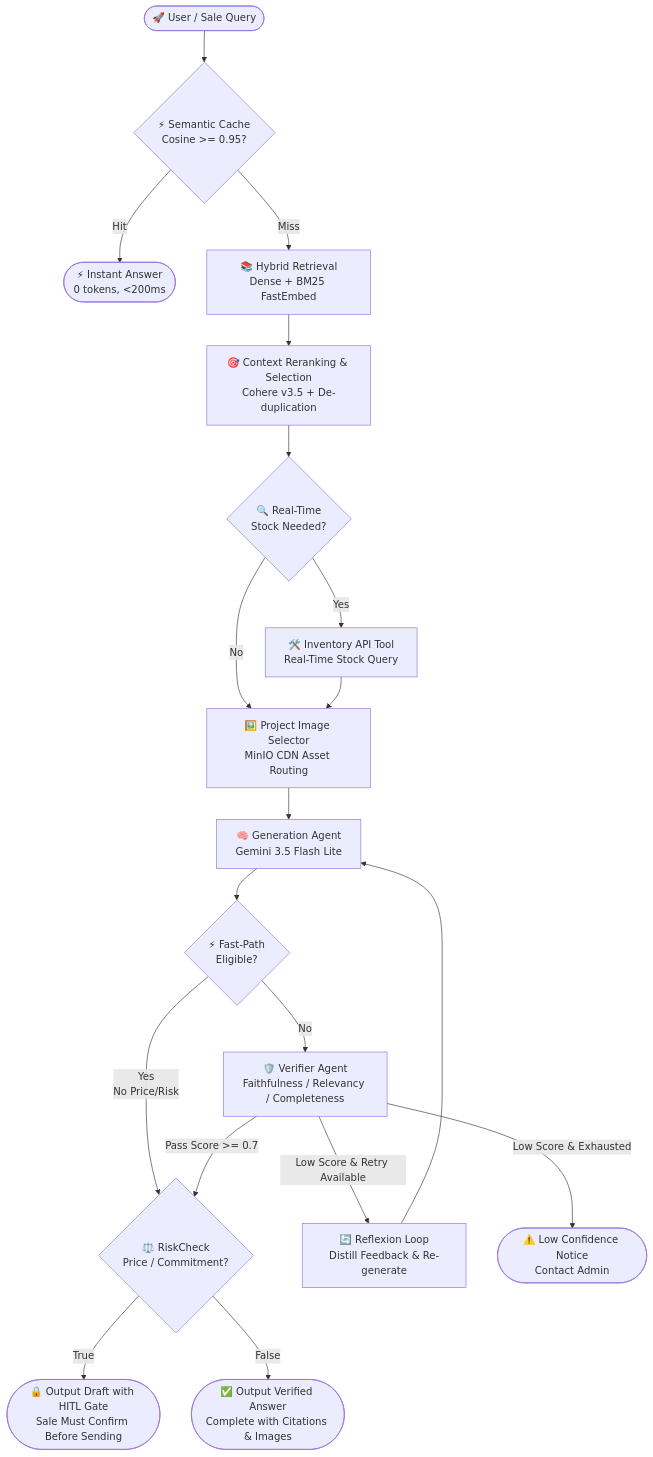
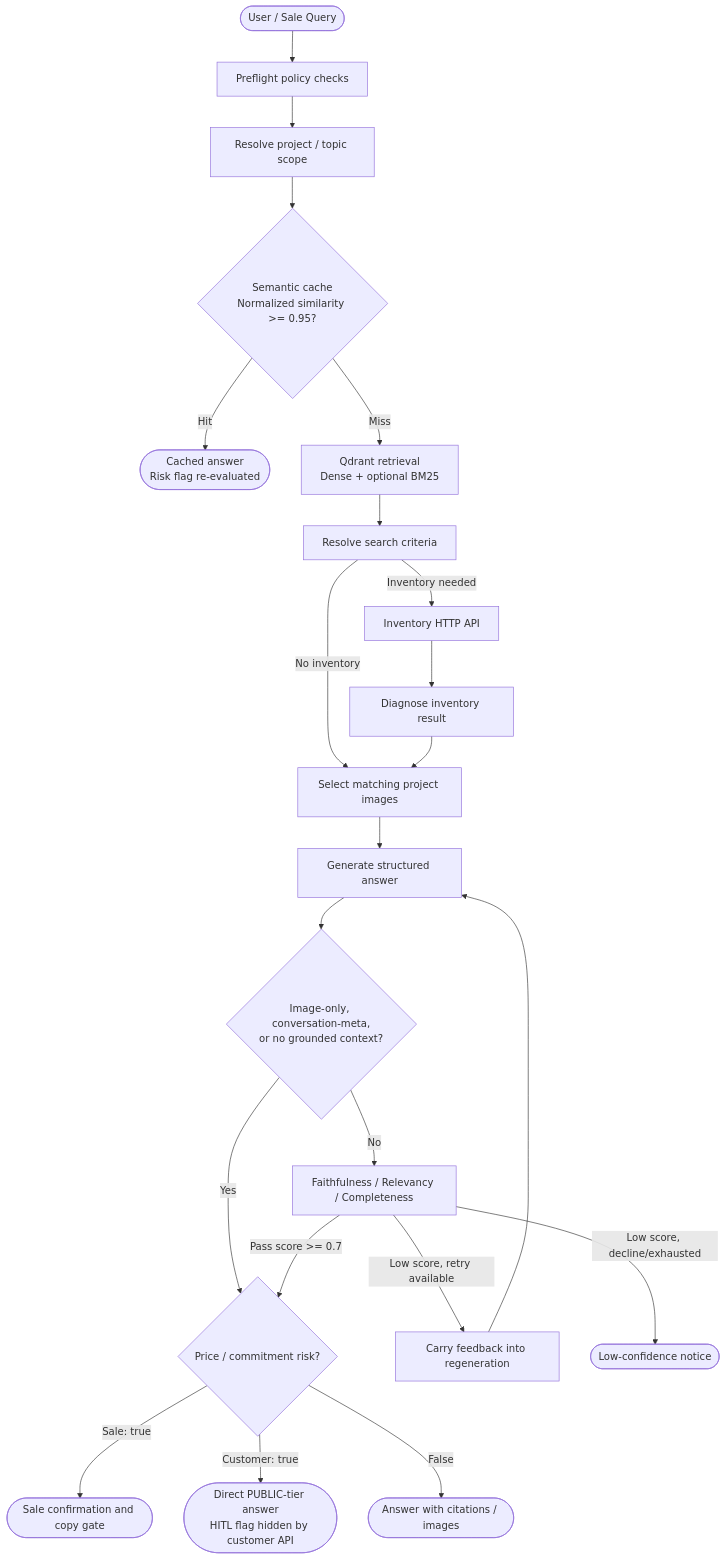
Before and after one commit to peterparkervanphuc/auremont-ai-agent: the diagram in README.md, drawn with Mermaid. The commit also changed other lines of this file and 1 other file, not shown here.

Commit message:
Update architecture and README for clarity and accuracy in project description

````diff
--- a/README.md
+++ b/README.md
@@ -43,29 +43,29 @@
 ```mermaid
 flowchart TB
-  Start(["🚀 User / Sale Query"]) --> CacheCheck{"⚡ Semantic Cache<br/>Cosine >= 0.95?"}
+  Start(["User / Sale Query"]) --> Preflight["Preflight policy checks"]
+  Preflight --> Scope["Resolve project / topic scope"]
+  Scope --> CacheCheck{"Semantic cache<br/>Normalized similarity >= 0.95?"}
 
-  CacheCheck -- "Hit" --> CachedResponse(["⚡ Instant Answer<br/>0 tokens, &lt;200ms"])
-  CacheCheck -- "Miss" --> Retrieve["📚 Hybrid Retrieval<br/>Dense + BM25 FastEmbed"]
+  CacheCheck -- "Hit" --> CachedResponse(["Cached answer<br/>Risk flag re-evaluated"])
+  CacheCheck -- "Miss" --> Retrieve["Qdrant retrieval<br/>Dense + optional BM25"]
+  Retrieve --> Criteria["Resolve search criteria"]
 
-  Retrieve --> Rerank["🎯 Context Reranking & Selection<br/>Cohere v3.5 + De-duplication"]
-  Rerank --> IntentCheck{"🔍 Real-Time<br/>Stock Needed?"}
+  Criteria -- "Inventory needed" --> ToolCall["Inventory HTTP API"]
+  Criteria -- "No inventory" --> ImageTool
+  ToolCall --> Diagnose["Diagnose inventory result"]
+  Diagnose --> ImageTool["Select matching project images"]
 
-  IntentCheck -- "Yes" --> ToolCall["🛠️ Inventory API Tool<br/>Real-Time Stock Query"]
-  IntentCheck -- "No" --> ImageTool
-  ToolCall --> ImageTool["🖼️ Project Image Selector<br/>MinIO CDN Asset Routing"]
+  ImageTool --> Generate["Generate structured answer"]
+  Generate --> SkipVerify{"Image-only, conversation-meta,<br/>or no grounded context?"}
+  SkipVerify -- "Yes" --> RiskCheck
+  SkipVerify -- "No" --> Verify["Faithfulness / Relevancy / Completeness"]
 
-  ImageTool --> Generate["🧠 Generation Agent<br/>Gemini 3.5 Flash Lite"]
+  Verify -- "Low score, retry available" --> BumpRetry["Carry feedback into regeneration"]
+  BumpRetry --> Generate
+  Verify -- "Low score, decline/exhausted" --> Decline(["Low-confidence notice"])
+  Verify -- "Pass score >= 0.7" --> RiskCheck{"Price / commitment risk?"}
 
-  Generate --> FastPathCheck{"⚡ Fast-Path<br/>Eligible?"}
-  FastPathCheck -- "Yes<br/>No Price/Risk" --> RiskCheck
-  FastPathCheck -- "No" --> Verify["🛡️ Verifier Agent<br/>Faithfulness / Relevancy / Completeness"]
-
-  Verify -- "Low Score & Retry Available" --> BumpRetry["🔄 Reflexion Loop<br/>Distill Feedback & Re-generate"]
-  BumpRetry --> Generate
-
-  Verify -- "Low Score & Exhausted" --> Decline(["⚠️ Low Confidence Notice<br/>Contact Admin"])
-  Verify -- "Pass Score >= 0.7" --> RiskCheck{"⚖️ RiskCheck<br/>Price / Commitment?"}
-
-  RiskCheck -- "True" --> HITLCard(["🔒 Output Draft with HITL Gate<br/>Sale Must Confirm Before Sending"])
-  RiskCheck -- "False" --> VerifiedResponse(["✅ Output Verified Answer<br/>Complete with Citations & Images"])
+  RiskCheck -- "Sale: true" --> HITLCard(["Sale confirmation and copy gate"])
+  RiskCheck -- "Customer: true" --> CustomerResponse(["Direct PUBLIC-tier answer<br/>HITL flag hidden by customer API"])
+  RiskCheck -- "False" --> VerifiedResponse(["Answer with citations / images"])
 ```
````
